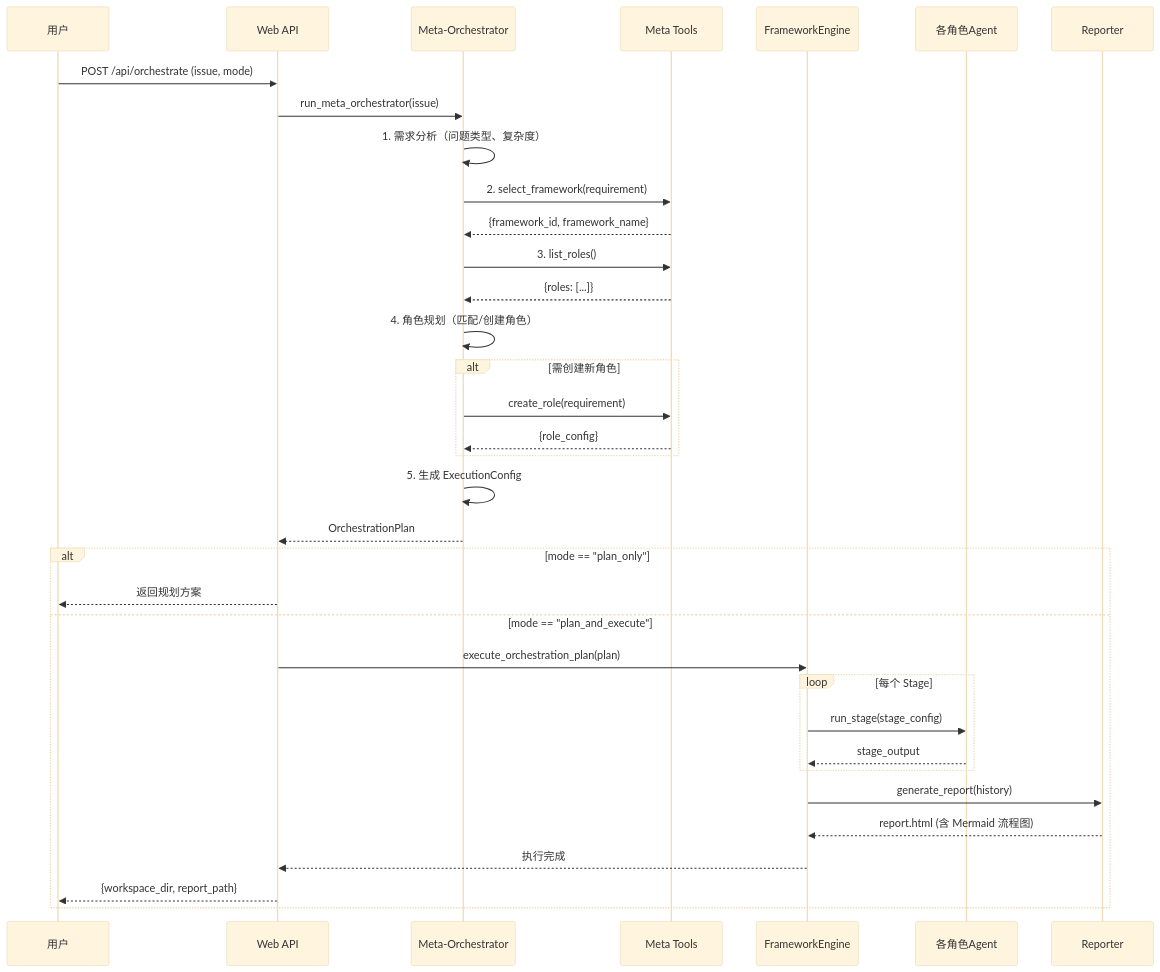
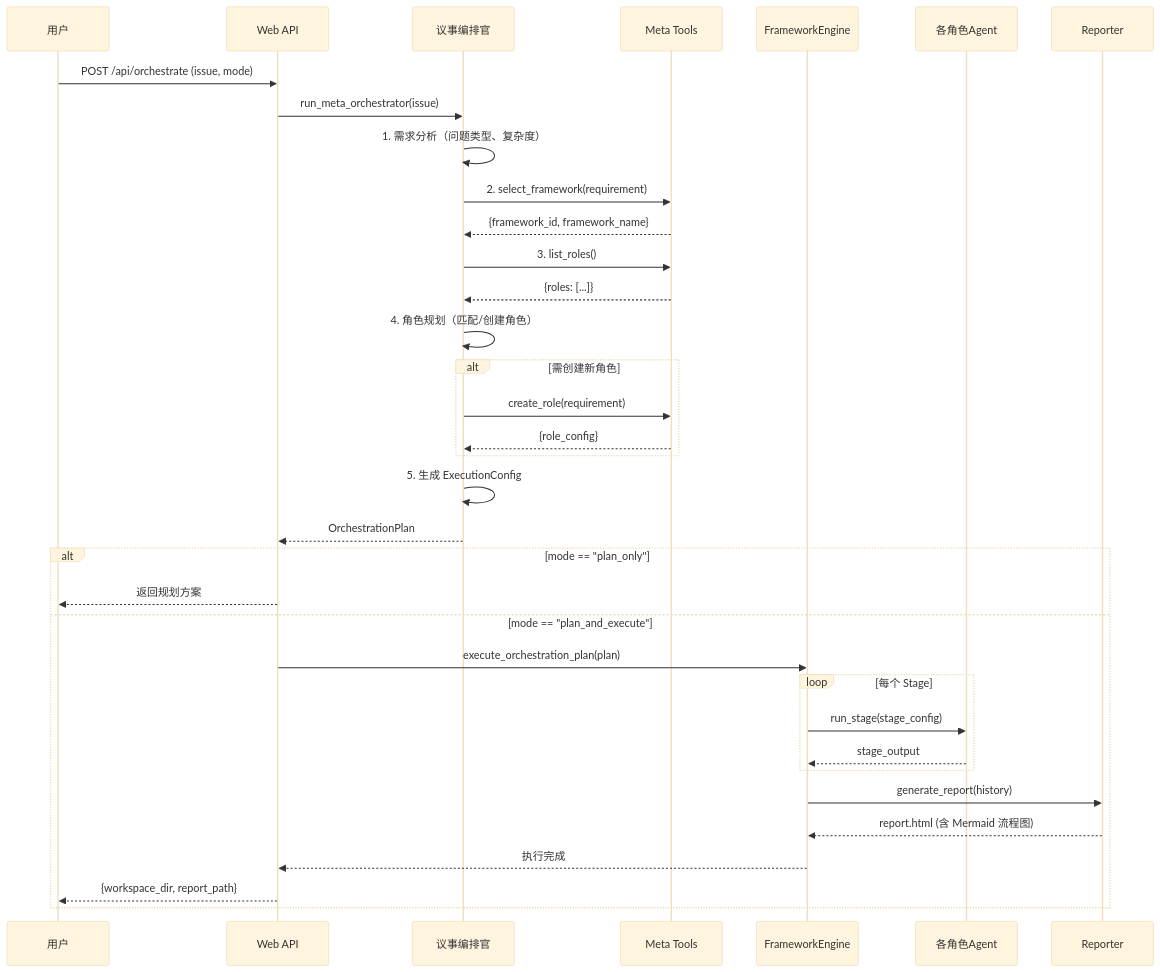
The second of 2 diagrams in docs/meta_orchestrator.md (mzniu/AICouncil), drawn with Mermaid (base theme) before and after one commit. The commit also changed other lines of this file and 21 other files, not shown here.

````diff
--- a/docs/meta_orchestrator.md
+++ b/docs/meta_orchestrator.md
@@ -207,45 +207,45 @@
 ```mermaid
 sequenceDiagram
     participant User as 用户
     participant API as Web API
-    participant MetaO as Meta-Orchestrator
+    participant MetaO as 议事编排官
     participant Tools as Meta Tools
     participant Engine as FrameworkEngine
     participant Agent as 各角色Agent
     participant Reporter as Reporter
     
     User->>API: POST /api/orchestrate (issue, mode)
     API->>MetaO: run_meta_orchestrator(issue)
     
     MetaO->>MetaO: 1. 需求分析（问题类型、复杂度）
     MetaO->>Tools: 2. select_framework(requirement)
     Tools-->>MetaO: {framework_id, framework_name}
     
     MetaO->>Tools: 3. list_roles()
     Tools-->>MetaO: {roles: [...]}
     MetaO->>MetaO: 4. 角色规划（匹配/创建角色）
     
     alt 需创建新角色
         MetaO->>Tools: create_role(requirement)
         Tools-->>MetaO: {role_config}
     end
     
     MetaO->>MetaO: 5. 生成 ExecutionConfig
     MetaO-->>API: OrchestrationPlan
     
     alt mode == "plan_only"
         API-->>User: 返回规划方案
     else mode == "plan_and_execute"
         API->>Engine: execute_orchestration_plan(plan)
         
         loop 每个 Stage
             Engine->>Agent: run_stage(stage_config)
             Agent-->>Engine: stage_output
         end
         
         Engine->>Reporter: generate_report(history)
         Reporter-->>Engine: report.html (含 Mermaid 流程图)
         Engine-->>API: 执行完成
         API-->>User: {workspace_dir, report_path}
     end
 ```
````
